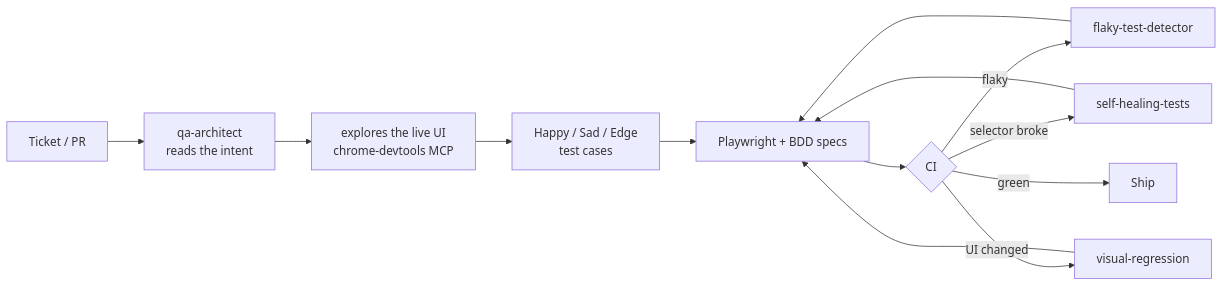
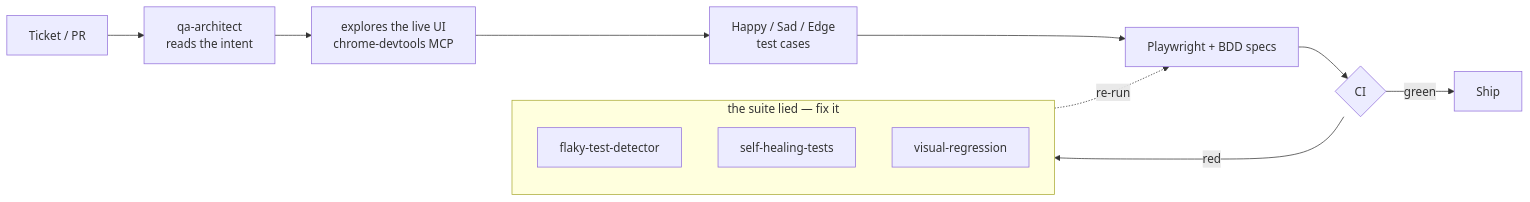
The diagram in README.md (CristianPGit/CristianPGit), drawn with Mermaid before and after one commit.

Commit message:
Straighten the QA-loop diagram
The three stabilisers each looped back to the spec node, which crossed
the forward path. Group them in a subgraph off a single red branch and
return once.

Claude-Session: https://claude.ai/code/session_01H7UbveaKM6zdkHcUjiDytA

````diff
--- a/README.md
+++ b/README.md
@@ -115,15 +115,16 @@
 ```mermaid
 flowchart LR
     T["Ticket / PR"] --> A["qa-architect<br/>reads the intent"]
     A --> B["explores the live UI<br/>chrome-devtools MCP"]
     B --> C["Happy / Sad / Edge<br/>test cases"]
     C --> D["Playwright + BDD specs"]
     D --> E{"CI"}
-    E -->|"flaky"| F["flaky-test-detector"]
-    E -->|"selector broke"| G["self-healing-tests"]
-    E -->|"UI changed"| H["visual-regression"]
-    F --> D
-    G --> D
-    H --> D
     E -->|"green"| S["Ship"]
+    E -->|"red"| R
+    subgraph R["the suite lied — fix it"]
+      F["flaky-test-detector"]
+      G["self-healing-tests"]
+      H["visual-regression"]
+    end
+    R -.->|"re-run"| D
 ```
````
